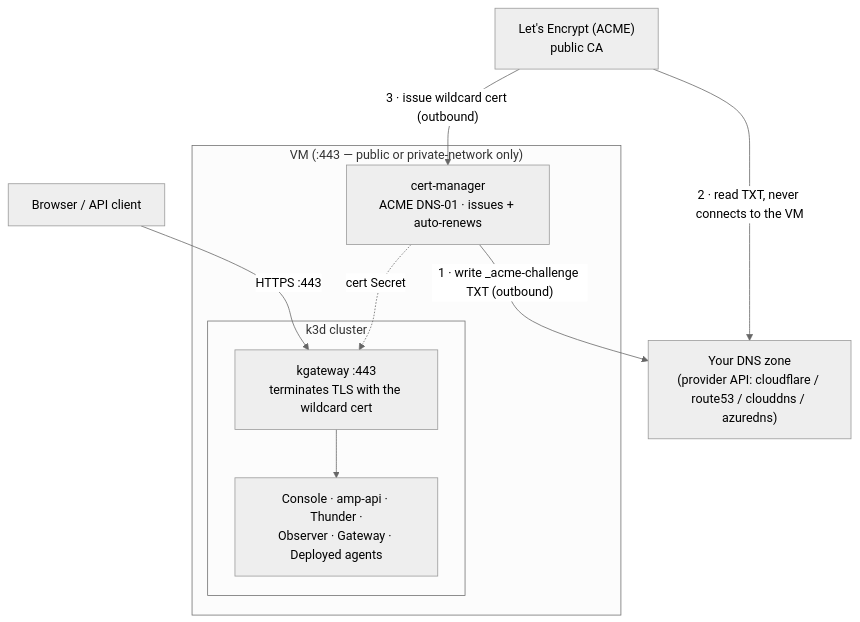
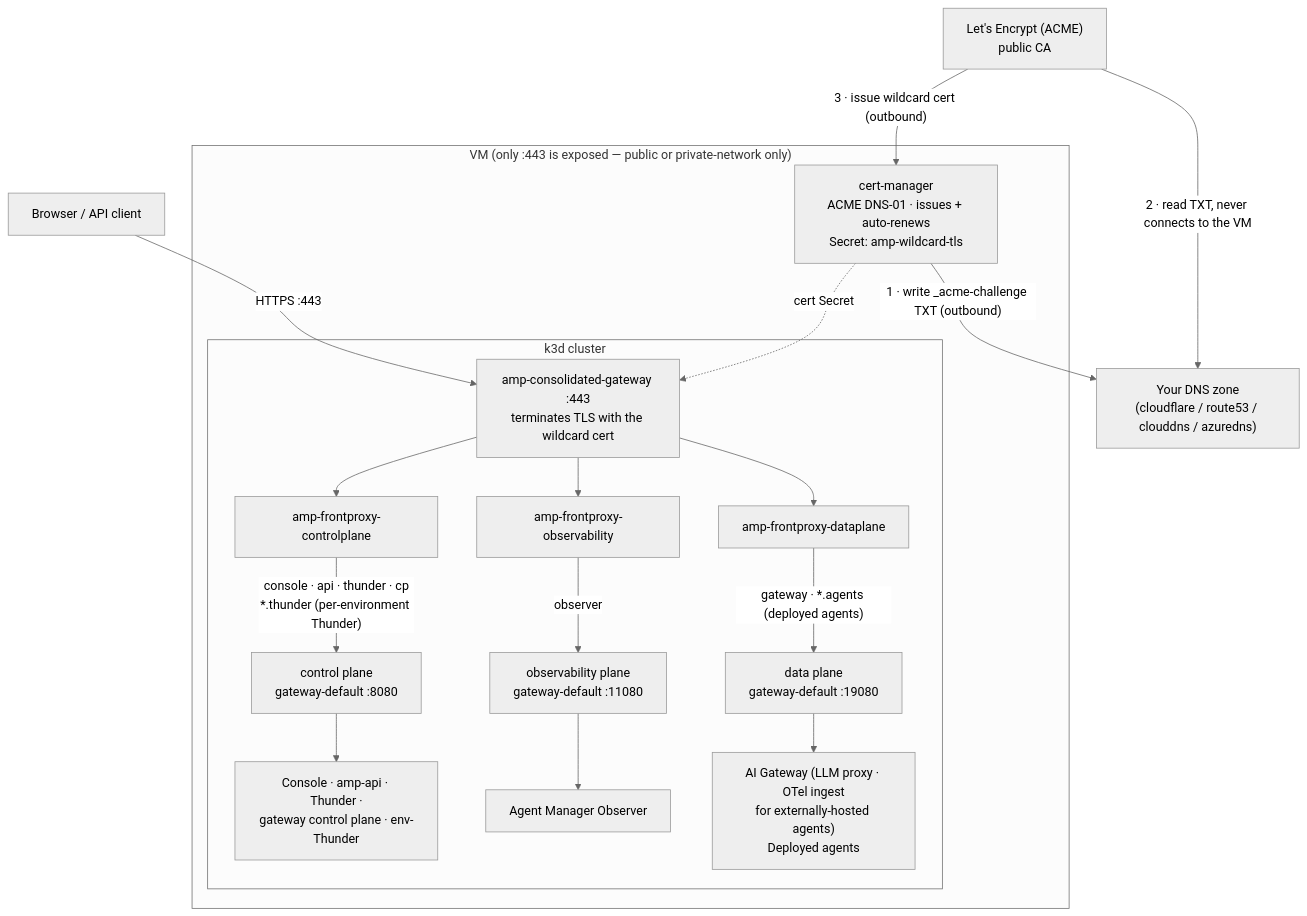
Before and after one commit to IsuruVithanage/docs-agent-platform: the second of 3 diagrams in docs/getting-started/on-a-vm.mdx, drawn with Mermaid (neutral theme). The commit also changed other lines of this file, not shown here.

````diff
--- a/docs/getting-started/on-a-vm.mdx
+++ b/docs/getting-started/on-a-vm.mdx
@@ -280,20 +270,42 @@
 ```mermaid
 flowchart TB
+    client["Browser / API client"]
     le["Let's Encrypt (ACME)<br/>public CA"]
-    dns["Your DNS zone<br/>(provider API: cloudflare / route53 / clouddns / azuredns)"]
+    dnszone["Your DNS zone<br/>(cloudflare / route53 / clouddns / azuredns)"]
 
-    subgraph vm["VM (:443 — public or private-network only)"]
-        cm["cert-manager<br/>ACME DNS-01 · issues + auto-renews"]
+    subgraph vm["VM (only :443 is exposed — public or private-network only)"]
+        cm["cert-manager<br/>ACME DNS-01 · issues + auto-renews<br/>Secret: amp-wildcard-tls"]
+
         subgraph k3d["k3d cluster"]
-            gw["kgateway :443<br/>terminates TLS with the wildcard cert"]
-            svc["Console · amp-api · Thunder ·<br/>Observer · Gateway · Deployed agents"]
+            cons["amp-consolidated-gateway :443<br/>terminates TLS with the wildcard cert"]
+
+            r1["amp-frontproxy-controlplane"]
+            r2["amp-frontproxy-observability"]
+            r3["amp-frontproxy-dataplane"]
+
+            cpgw["control plane<br/>gateway-default :8080"]
+            obsgw["observability plane<br/>gateway-default :11080"]
+            dpgw["data plane<br/>gateway-default :19080"]
+
+            cpsvc["Console · amp-api · Thunder ·<br/>gateway control plane · env-Thunder"]
+            obssvc["Agent Manager Observer"]
+            dpsvc["AI Gateway (LLM proxy · OTel ingest<br/>for externally-hosted agents)<br/>Deployed agents"]
         end
     end
 
-    client["Browser / API client"] -->|"HTTPS :443"| gw
-    cm -->|"1 · write _acme-challenge TXT (outbound)"| dns
-    le -->|"2 · read TXT, never connects to the VM"| dns
+    client -->|"HTTPS :443"| cons
+    cm -->|"1 · write _acme-challenge TXT (outbound)"| dnszone
+    le -->|"2 · read TXT, never connects to the VM"| dnszone
     le -->|"3 · issue wildcard cert (outbound)"| cm
-    cm -.->|"cert Secret"| gw
-    gw --> svc
+    cm -.->|"cert Secret"| cons
+
+    cons --> r1
+    cons --> r2
+    cons --> r3
+    r1 -->|"console · api · thunder · cp<br/>*.thunder (per-environment Thunder)"| cpgw
+    r2 -->|"observer"| obsgw
+    r3 -->|"gateway · *.agents (deployed agents)"| dpgw
+    cpgw --> cpsvc
+    obsgw --> obssvc
+    dpgw --> dpsvc
 ```
````
